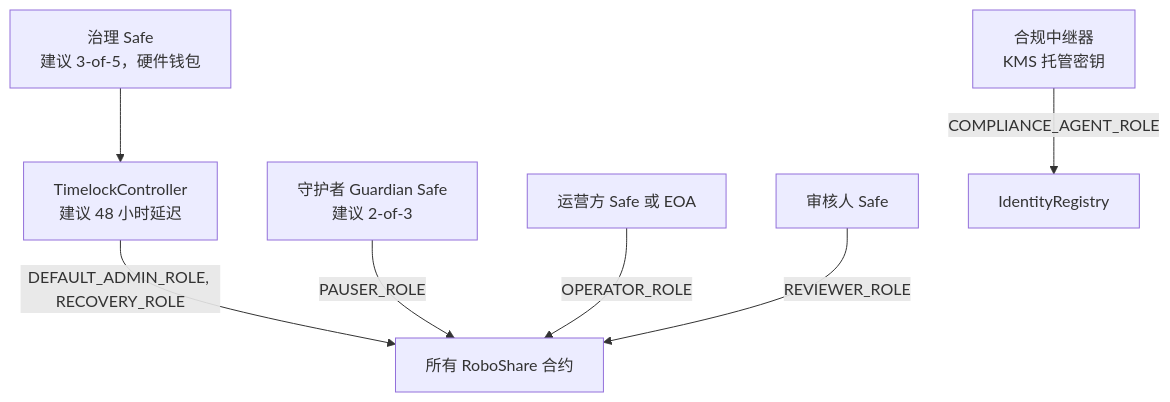
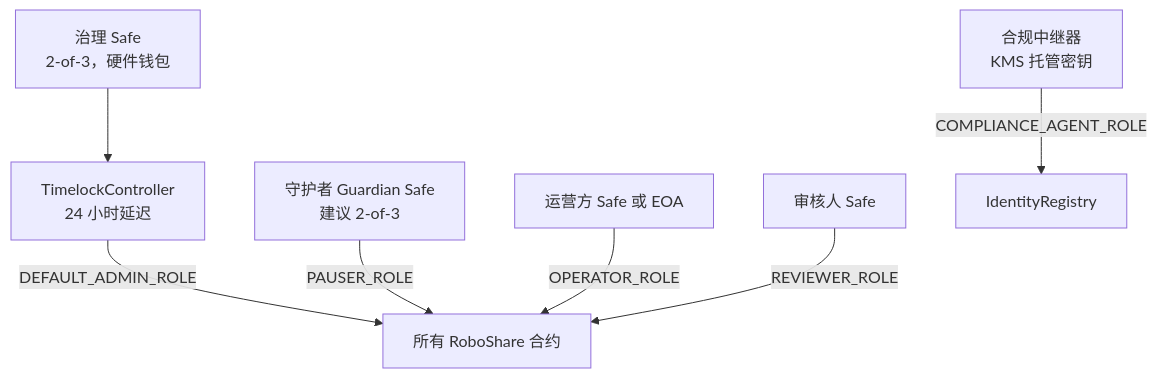
Before and after one commit to AgntSpark1/Roboshare: the diagram in docs/SECURITY_MODEL.md, drawn with Mermaid. The commit also changed other lines of this file and 11 other files, not shown here.

````diff
--- a/docs/SECURITY_MODEL.md
+++ b/docs/SECURITY_MODEL.md
@@ -7,9 +7,9 @@
 ```mermaid
 flowchart TB
-  GS[治理 Safe<br/>建议 3-of-5，硬件钱包] --> TL[TimelockController<br/>建议 48 小时延迟]
-  TL -->|DEFAULT_ADMIN_ROLE, RECOVERY_ROLE| C[所有 RoboShare 合约]
+  GS[治理 Safe<br/>2-of-3，硬件钱包] --> TL[TimelockController<br/>24 小时延迟]
+  TL -->|DEFAULT_ADMIN_ROLE| C[所有 RoboShare 合约]
   GUARD[守护者 Guardian Safe<br/>建议 2-of-3] -->|PAUSER_ROLE| C
   OPS[运营方 Safe 或 EOA] -->|OPERATOR_ROLE| C
   REVS[审核人 Safe] -->|REVIEWER_ROLE| C
   REL[合规中继器<br/>KMS 托管密钥] -->|COMPLIANCE_AGENT_ROLE| IR[IdentityRegistry]
 ```
````
